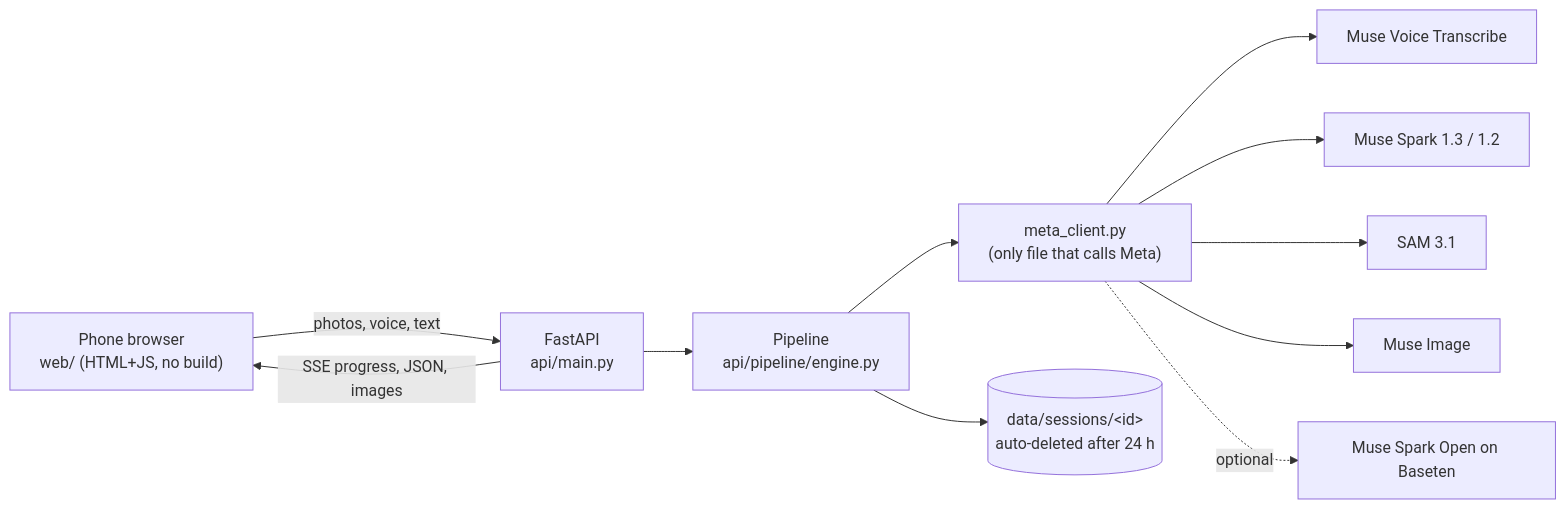
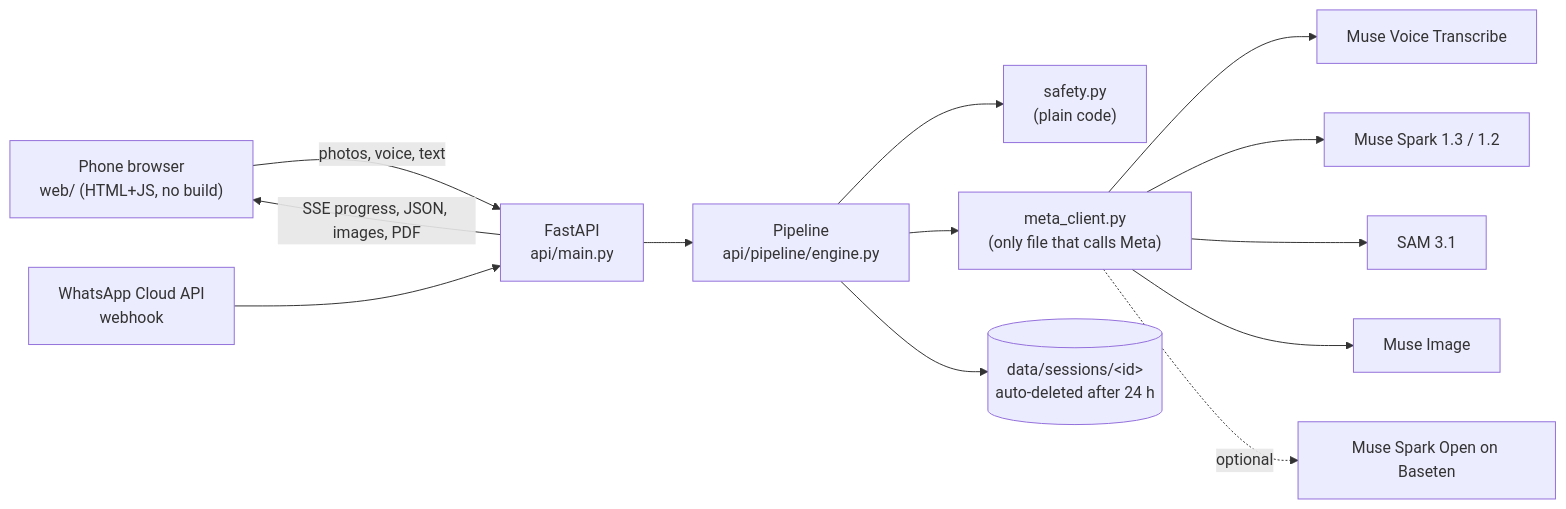
The diagram in README.md (ragilmalik/tukang-copilot), drawn with Mermaid before and after one commit. The commit also changed other lines of this file and 29 other files, not shown here.

````diff
--- a/README.md
+++ b/README.md
@@ -115,13 +136,15 @@
 ```mermaid
 flowchart LR
   Phone["Phone browser<br/>web/ (HTML+JS, no build)"] -->|photos, voice, text| API["FastAPI<br/>api/main.py"]
+  WA["WhatsApp Cloud API<br/>webhook"] --> API
   API --> Engine["Pipeline<br/>api/pipeline/engine.py"]
+  Engine --> Gate["safety.py<br/>(plain code)"]
   Engine --> MC["meta_client.py<br/>(only file that calls Meta)"]
   MC --> ASR[Muse Voice Transcribe]
   MC --> Spark[Muse Spark 1.3 / 1.2]
   MC --> SAM[SAM 3.1]
   MC --> Img[Muse Image]
   MC -.optional.-> Open[Muse Spark Open on Baseten]
   Engine --> Disk[("data/sessions/&lt;id&gt;<br/>auto-deleted after 24 h")]
-  API -->|SSE progress, JSON, images| Phone
+  API -->|SSE progress, JSON, images, PDF| Phone
 ```
````
